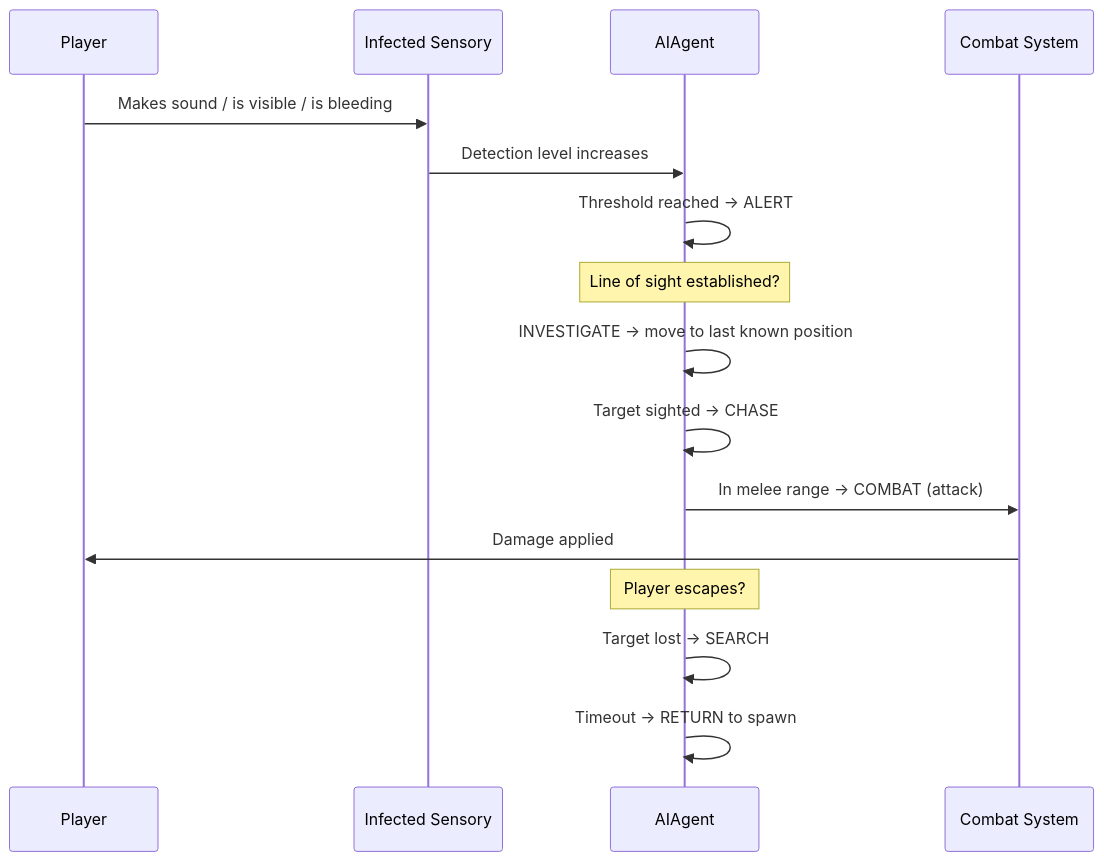
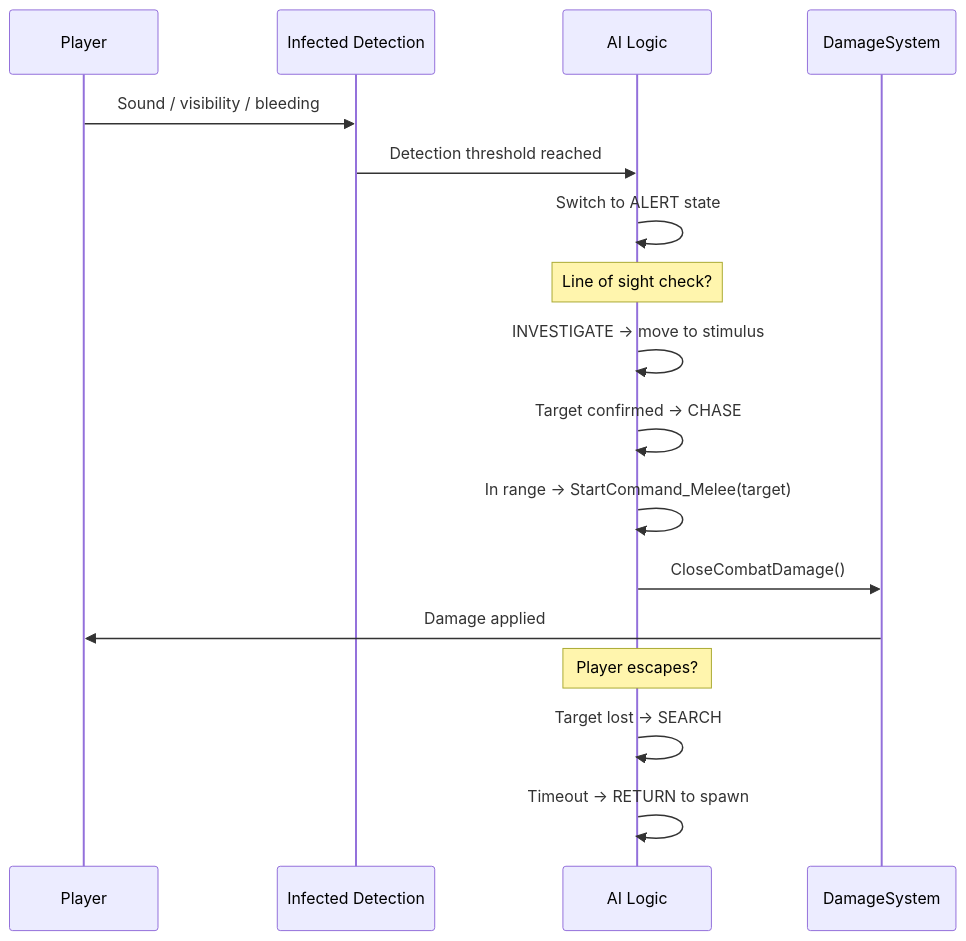
The second of 2 diagrams in docs/game-systems/ai-system.md (rogersau/DayZ-Scripts-Wiki), drawn with Mermaid before and after one commit. The commit also changed other lines of this file and 48 other files, not shown here.

````diff
--- a/docs/game-systems/ai-system.md
+++ b/docs/game-systems/ai-system.md
@@ -327,24 +166,25 @@
 ```mermaid
 sequenceDiagram
     participant Player
-    participant Sensory as Infected Sensory
-    participant Agent as AIAgent
-    participant Combat as Combat System
+    participant Sensory as Infected Detection
+    participant Agent as AI Logic
+    participant Combat as DamageSystem
     
-    Player->>Sensory: Makes sound / is visible / is bleeding
-    Sensory->>Agent: Detection level increases
-    Agent->>Agent: Threshold reached → ALERT
+    Player->>Sensory: Sound / visibility / bleeding
+    Sensory->>Agent: Detection threshold reached
+    Agent->>Agent: Switch to ALERT state
     
-    Note over Agent: Line of sight established?
+    Note over Agent: Line of sight check?
     
-    Agent->>Agent: INVESTIGATE → move to last known position
-    Agent->>Agent: Target sighted → CHASE
+    Agent->>Agent: INVESTIGATE → move to stimulus
+    Agent->>Agent: Target confirmed → CHASE
     
-    Agent->>Combat: In melee range → COMBAT (attack)
+    Agent->>Agent: In range → StartCommand_Melee(target)
+    Agent->>Combat: CloseCombatDamage()
     Combat->>Player: Damage applied
     
     Note over Agent: Player escapes?
     
     Agent->>Agent: Target lost → SEARCH
     Agent->>Agent: Timeout → RETURN to spawn
 ```
````
